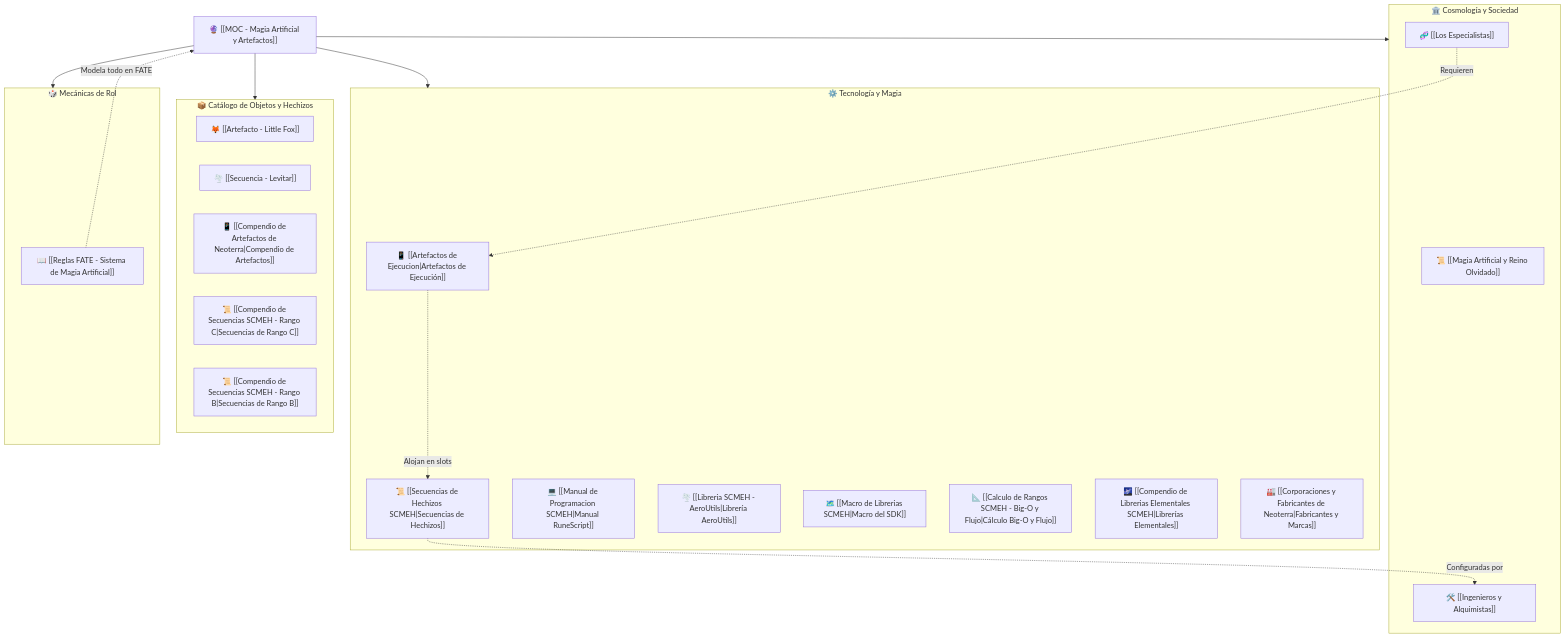
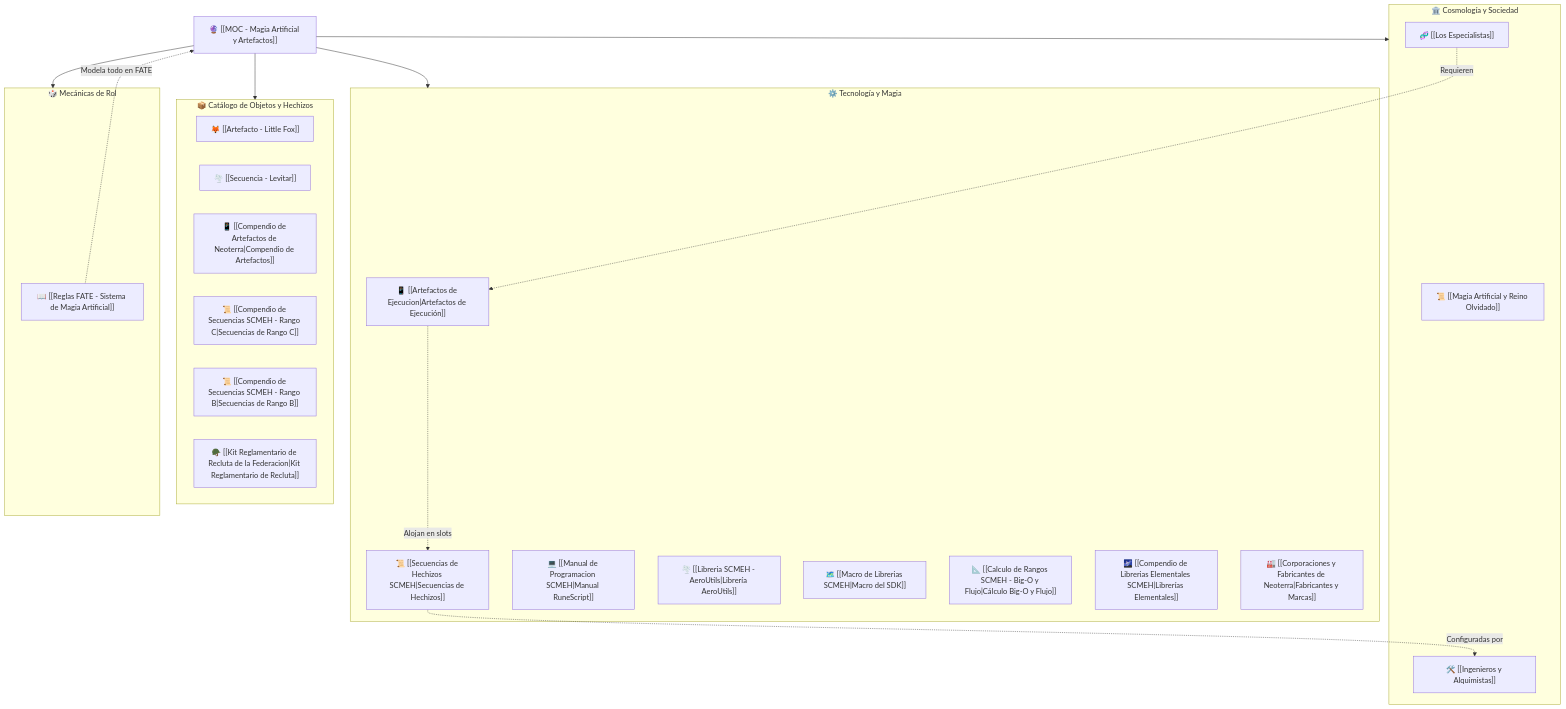
Before and after one commit to Gimsper/NeoterraVault: the diagram in Magia_Artificial_FATE/00_MOCs/MOC - Magia Artificial y Artefactos.md, drawn with Mermaid. The commit also changed other lines of this file and 9 other files, not shown here.

````diff
--- a/Magia_Artificial_FATE/00_MOCs/MOC - Magia Artificial y Artefactos.md
+++ b/Magia_Artificial_FATE/00_MOCs/MOC - Magia Artificial y Artefactos.md
@@ -27,43 +27,44 @@
 ```mermaid
 flowchart TD
     MOC["🔮 [[MOC - Magia Artificial y Artefactos]]"]
     
     subgraph LoreYCosmologia ["🏛️ Cosmología y Sociedad"]
         L1["📜 [[Magia Artificial y Reino Olvidado]]"]
         L2["🧬 [[Los Especialistas]]"]
         L3["🛠️ [[Ingenieros y Alquimistas]]"]
     end
 
     subgraph TecnologiaYMagia ["⚙️ Tecnología y Magia"]
         T1["📱 [[Artefactos de Ejecucion|Artefactos de Ejecución]]"]
         T2["📜 [[Secuencias de Hechizos SCMEH|Secuencias de Hechizos]]"]
         T3["💻 [[Manual de Programacion SCMEH|Manual RuneScript]]"]
         T4["🌪️ [[Libreria SCMEH - AeroUtils|Librería AeroUtils]]"]
         T5["🗺️ [[Macro de Librerias SCMEH|Macro del SDK]]"]
         T6["📐 [[Calculo de Rangos SCMEH - Big-O y Flujo|Cálculo Big-O y Flujo]]"]
         T7["🌌 [[Compendio de Librerias Elementales SCMEH|Librerías Elementales]]"]
         T8["🏭 [[Corporaciones y Fabricantes de Neoterra|Fabricantes y Marcas]]"]
     end
 
     subgraph Catalogo ["📦 Catálogo de Objetos y Hechizos"]
         O1["🦊 [[Artefacto - Little Fox]]"]
         O2["🌪️ [[Secuencia - Levitar]]"]
         O3["📱 [[Compendio de Artefactos de Neoterra|Compendio de Artefactos]]"]
         O4["📜 [[Compendio de Secuencias SCMEH - Rango C|Secuencias de Rango C]]"]
         O5["📜 [[Compendio de Secuencias SCMEH - Rango B|Secuencias de Rango B]]"]
+        O6["🪖 [[Kit Reglamentario de Recluta de la Federacion|Kit Reglamentario de Recluta]]"]
     end
 
     subgraph SistemaJuego ["🎲 Mecánicas de Rol"]
         R1["📖 [[Reglas FATE - Sistema de Magia Artificial]]"]
     end
 
     MOC --> LoreYCosmologia
     MOC --> TecnologiaYMagia
     MOC --> Catalogo
     MOC --> SistemaJuego
     
     L2 -.->|Requieren| T1
     T1 -.->|Alojan en slots| T2
     T2 -.->|Configuradas por| L3
     R1 -.->|Modela todo en FATE| MOC
 ```
````
